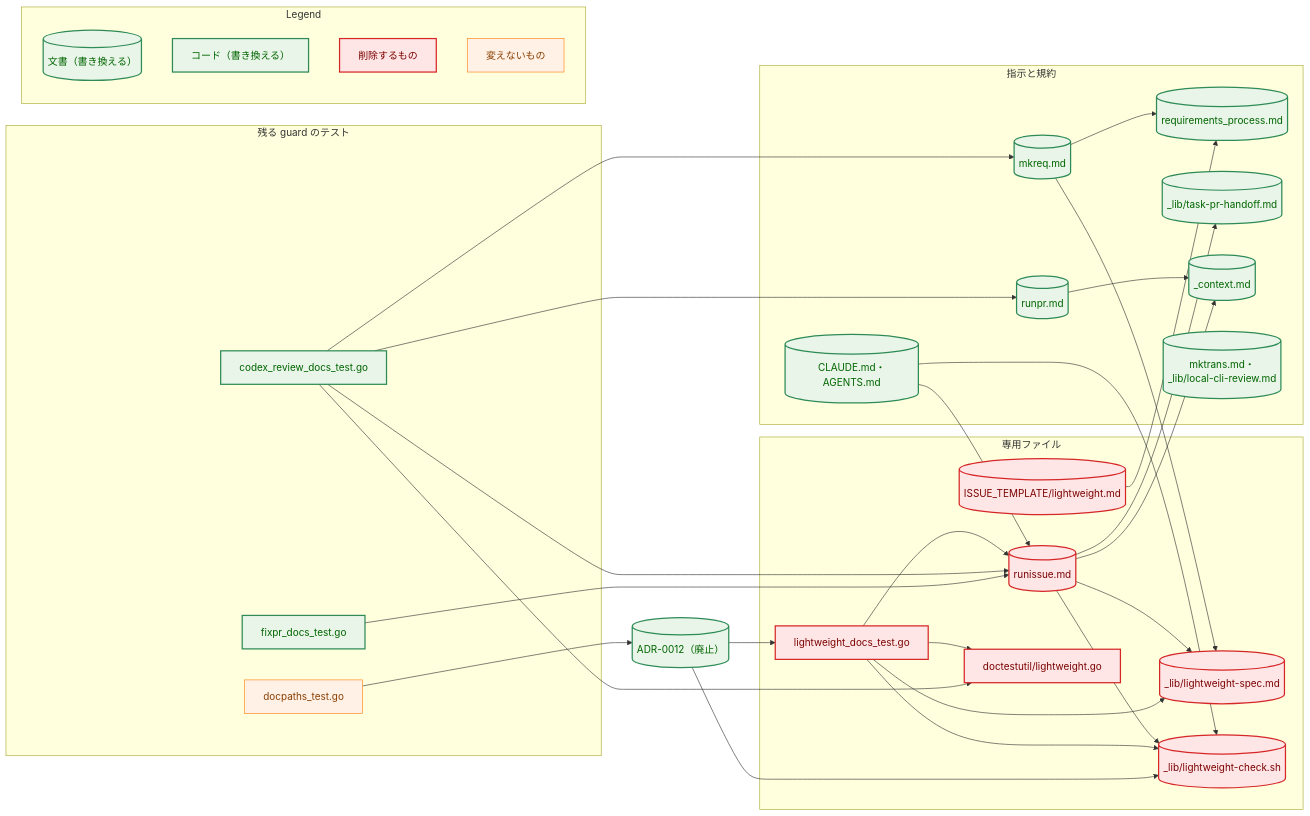
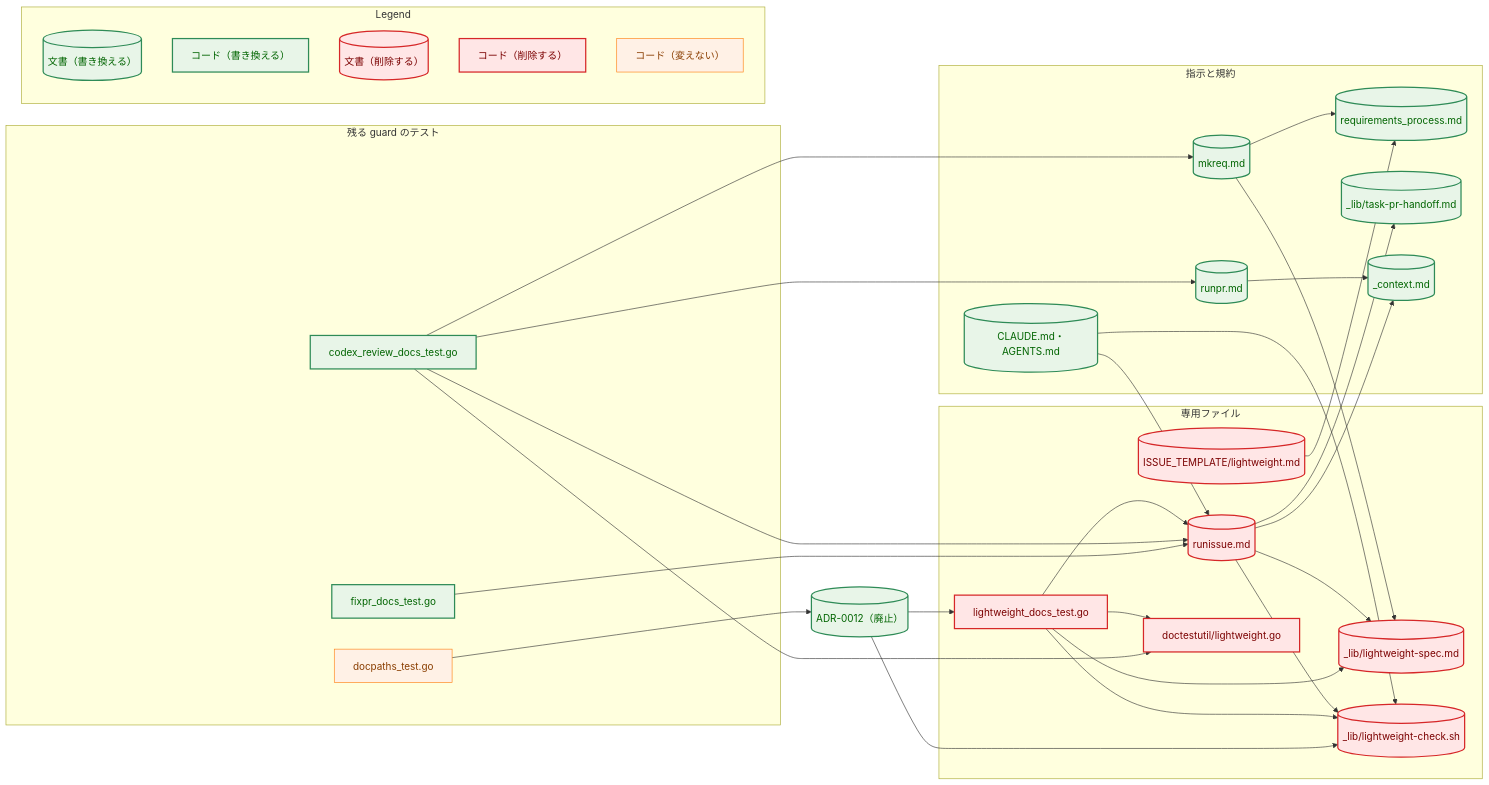
The second of 4 diagrams in docs/tasks/0075_remove_lightweight_process/02_architecture.md (isseis/yt2column), drawn with Mermaid before and after one commit. The commit also changed other lines of this file, not shown here.

First line of the commit message:
docs(0075): address the architecture review and the prose pass

````diff
--- a/docs/tasks/0075_remove_lightweight_process/02_architecture.md
+++ b/docs/tasks/0075_remove_lightweight_process/02_architecture.md
@@ -116,70 +116,70 @@
 ```mermaid
 flowchart LR
     classDef data fill:#e6f7ff,stroke:#1f77b4,stroke-width:1px,color:#0b3d91;
     classDef process fill:#fff1e6,stroke:#ff7f0e,stroke-width:1px,color:#8a3e00;
     classDef enhanced fill:#e8f5e8,stroke:#2e8b57,stroke-width:2px,color:#006400;
     classDef problem fill:#ffe6e6,stroke:#d62728,stroke-width:2px,color:#7b0000;
 
     subgraph Instr["指示と規約"]
         CLAUDE[("CLAUDE.md・AGENTS.md")]
         RP[("requirements_process.md")]
         MKREQ[("mkreq.md")]
         RUNPR[("runpr.md")]
         HANDOFF[("_lib/task-pr-handoff.md")]
         CTX[("_context.md")]
-        OTHER[("mktrans.md・<br>_lib/local-cli-review.md")]
     end
     subgraph Ded["専用ファイル"]
         RUNISSUE[("runissue.md")]
         LSPEC[("_lib/lightweight-spec.md")]
         LCHECK[("_lib/lightweight-check.sh")]
         TMPL[("ISSUE_TEMPLATE/lightweight.md")]
         LTEST["lightweight_docs_test.go"]
         LDTU["doctestutil/lightweight.go"]
     end
     subgraph Guard["残る guard のテスト"]
         CODEX["codex_review_docs_test.go"]
         FIXPR["fixpr_docs_test.go"]
         DOCPATHS["docpaths_test.go"]
     end
     ADR12[("ADR-0012（廃止）")]
 
     CLAUDE --> RUNISSUE
     CLAUDE --> LCHECK
     MKREQ --> LSPEC
     MKREQ --> RP
     RUNISSUE --> LSPEC
     RUNISSUE --> LCHECK
     RUNISSUE --> HANDOFF
     RUNISSUE --> CTX
     RUNPR --> CTX
     TMPL --> RP
     LTEST --> LCHECK
     LTEST --> LSPEC
     LTEST --> RUNISSUE
     LTEST --> LDTU
     CODEX --> RUNISSUE
     CODEX --> MKREQ
     CODEX --> RUNPR
     CODEX --> LDTU
     FIXPR --> RUNISSUE
     DOCPATHS --> ADR12
     ADR12 --> LCHECK
     ADR12 --> LTEST
 
-    class CLAUDE,RP,MKREQ,RUNPR,HANDOFF,CTX,OTHER,ADR12 enhanced
+    class CLAUDE,RP,MKREQ,RUNPR,HANDOFF,CTX,ADR12 enhanced
     class RUNISSUE,LSPEC,LCHECK,TMPL problem
     class LTEST,LDTU problem
     class CODEX,FIXPR enhanced
     class DOCPATHS process
 
     subgraph Legend["Legend"]
         L1[("文書（書き換える）")]
         L2["コード（書き換える）"]
-        L3["削除するもの"]
-        L4["変えないもの"]
+        L3[("文書（削除する）")]
+        L5["コード（削除する）"]
+        L4["コード（変えない）"]
     end
     class L1,L2 enhanced
-    class L3 problem
+    class L3,L5 problem
     class L4 process
 ```
````
